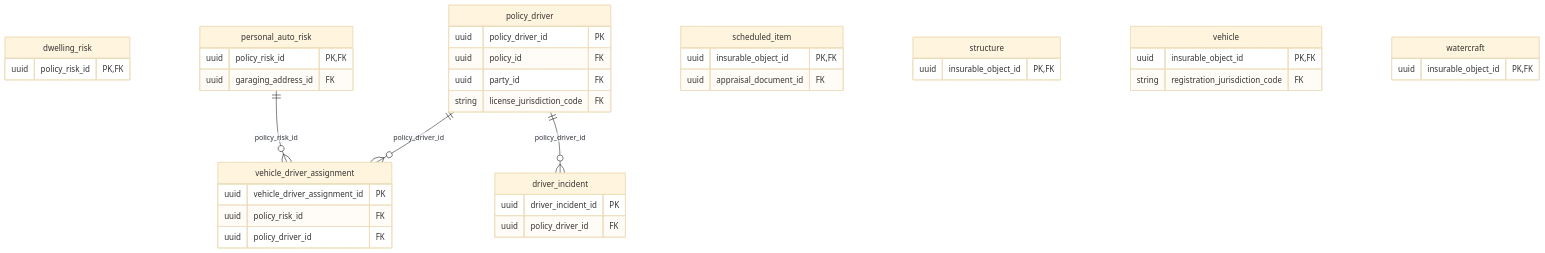
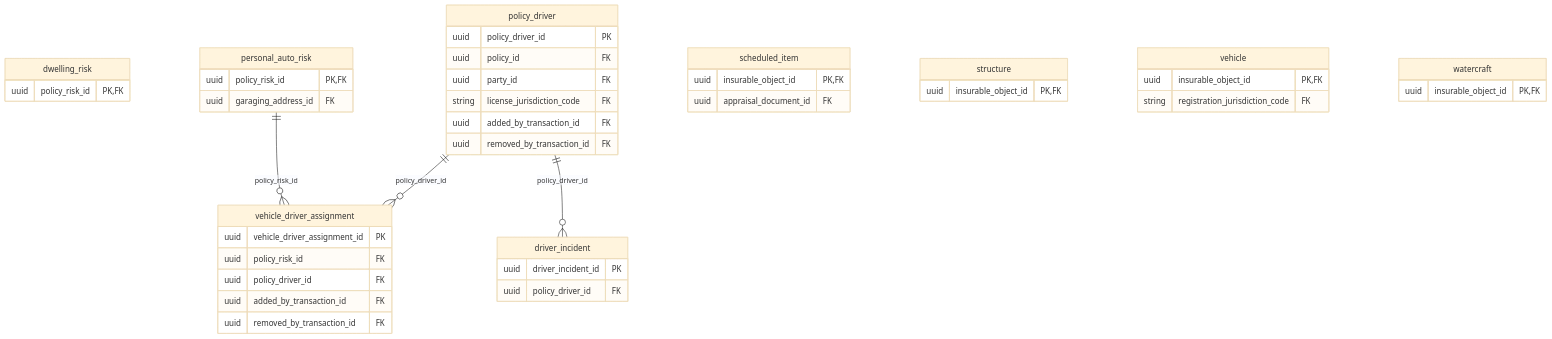
The seventh of 13 diagrams in docs/diagrams.md (EricHeasley/InsuranceDataModel), drawn with Mermaid (base theme) before and after one commit. The commit also changed other lines of this file and 285 other files, not shown here.

First line of the commit message:
Flatten schemas into plain self-contained JSON Schema files

````diff
--- a/docs/diagrams.md
+++ b/docs/diagrams.md
@@ -446,42 +474,46 @@
 ```mermaid
 erDiagram
   driver_incident {
     uuid driver_incident_id PK
     uuid policy_driver_id FK
   }
   dwelling_risk {
     uuid policy_risk_id PK,FK
   }
   personal_auto_risk {
     uuid policy_risk_id PK,FK
     uuid garaging_address_id FK
   }
   policy_driver {
     uuid policy_driver_id PK
     uuid policy_id FK
     uuid party_id FK
     string license_jurisdiction_code FK
+    uuid added_by_transaction_id FK
+    uuid removed_by_transaction_id FK
   }
   scheduled_item {
     uuid insurable_object_id PK,FK
     uuid appraisal_document_id FK
   }
   structure {
     uuid insurable_object_id PK,FK
   }
   vehicle {
     uuid insurable_object_id PK,FK
     string registration_jurisdiction_code FK
   }
   vehicle_driver_assignment {
     uuid vehicle_driver_assignment_id PK
     uuid policy_risk_id FK
     uuid policy_driver_id FK
+    uuid added_by_transaction_id FK
+    uuid removed_by_transaction_id FK
   }
   watercraft {
     uuid insurable_object_id PK,FK
   }
   policy_driver ||--o{ driver_incident : "policy_driver_id"
   personal_auto_risk ||--o{ vehicle_driver_assignment : "policy_risk_id"
   policy_driver ||--o{ vehicle_driver_assignment : "policy_driver_id"
 ```
````
